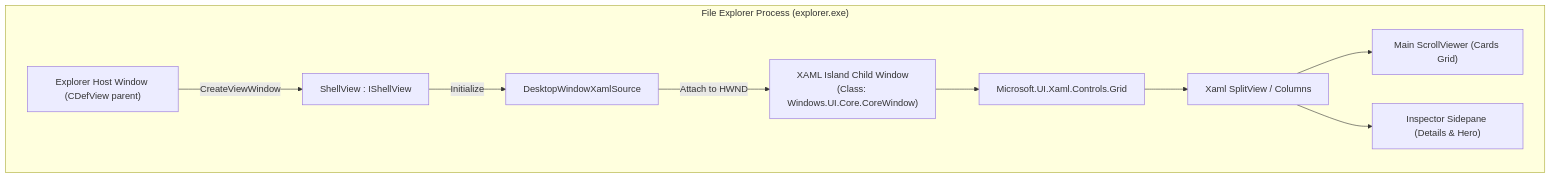
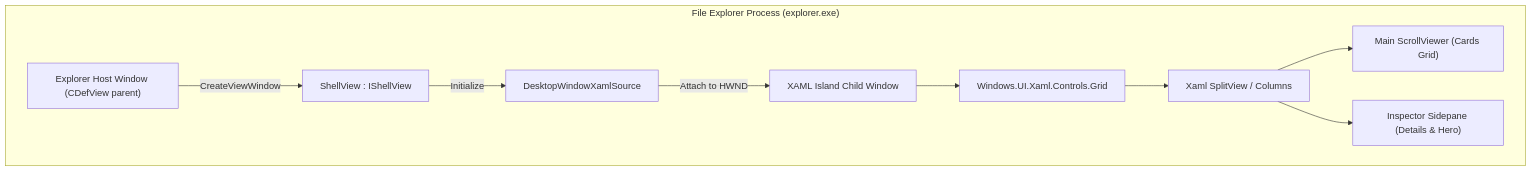
The first of 3 diagrams in docs/developer-guide.md (HELIX-Origin/windows-game-explorer), drawn with Mermaid before and after one commit. The commit also changed other lines of this file and 35 other files, not shown here.

````diff
--- a/docs/developer-guide.md
+++ b/docs/developer-guide.md
@@ -108,19 +108,19 @@
 ```mermaid
 flowchart TD
     subgraph Explorer["File Explorer Process (explorer.exe)"]
         DefView["Explorer Host Window (CDefView parent)"]
         ShellView["ShellView : IShellView"]
         XamlSource["DesktopWindowXamlSource"]
-        IslandWindow["XAML Island Child Window<br/>(Class: Windows.UI.Core.CoreWindow)"]
-        RootGrid["Microsoft.UI.Xaml.Controls.Grid"]
+        IslandWindow["XAML Island Child Window"]
+        RootGrid["Windows.UI.Xaml.Controls.Grid"]
         
         DefView -->|CreateViewWindow| ShellView
         ShellView -->|Initialize| XamlSource
         XamlSource -->|Attach to HWND| IslandWindow
         IslandWindow --> RootGrid
         
         RootGrid --> SplitView["Xaml SplitView / Columns"]
         SplitView --> MainScroll["Main ScrollViewer (Cards Grid)"]
         SplitView --> SidePane["Inspector Sidepane (Details & Hero)"]
     end
 ```
````
